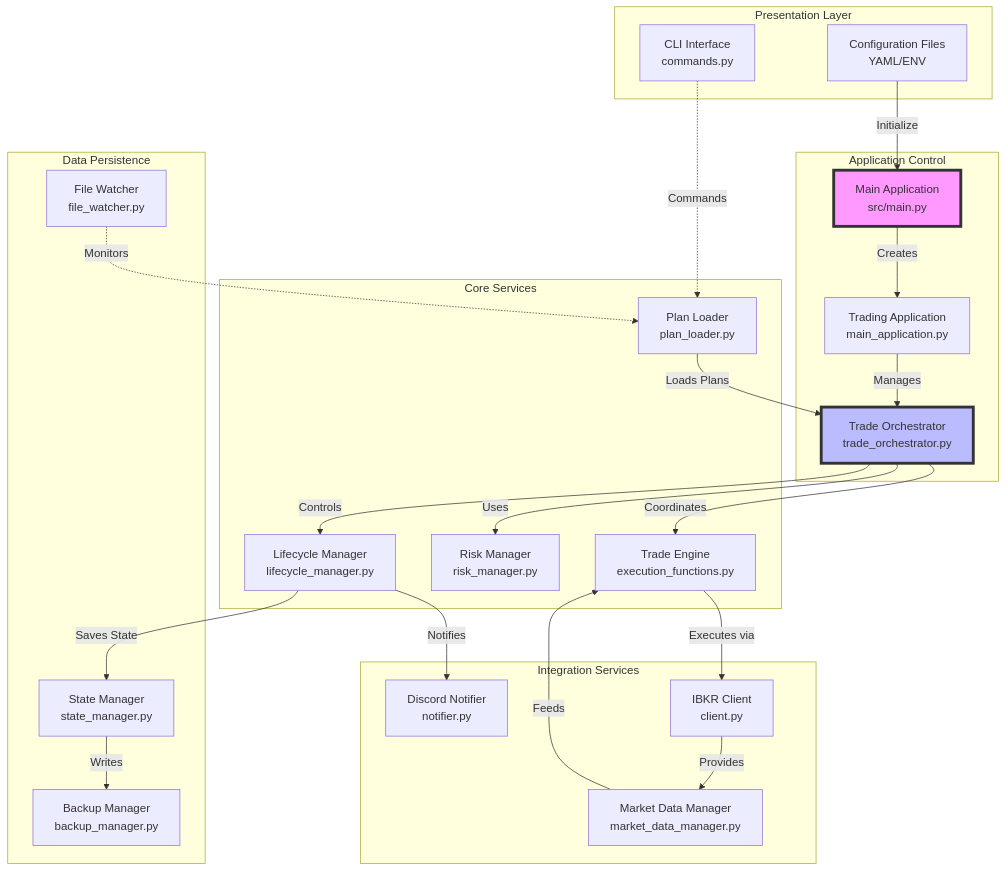
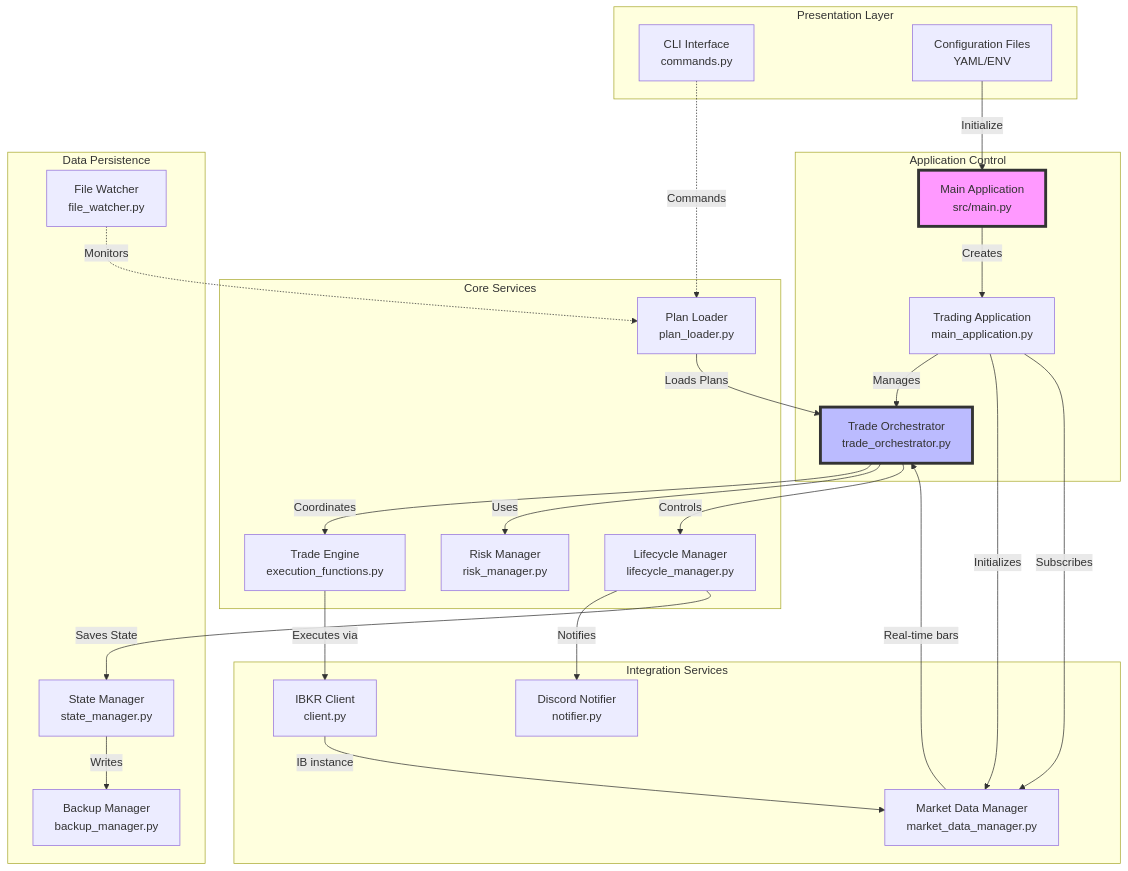
One commit to allaydesai/auto-trader changed the first of 11 diagrams in docs/component-interaction-diagram.md. Above: the diagram before and after it, drawn with Mermaid. The commit also changed other lines of this file and 3 other files, not shown here.

First line of the commit message:
feat: implement complete real-time market data integration and periodic signal evaluation

````diff
--- a/docs/component-interaction-diagram.md
+++ b/docs/component-interaction-diagram.md
@@ -9,58 +9,60 @@
 ```mermaid
 graph TB
     subgraph "Presentation Layer"
         CLI[CLI Interface<br/>commands.py]
         Config[Configuration Files<br/>YAML/ENV]
     end
     
     subgraph "Application Control"
         MainApp[Main Application<br/>src/main.py]
         TradingApp[Trading Application<br/>main_application.py]
         Orchestrator[Trade Orchestrator<br/>trade_orchestrator.py]
     end
     
     subgraph "Core Services"
         PlanLoader[Plan Loader<br/>plan_loader.py]
         RiskMgr[Risk Manager<br/>risk_manager.py]
         TradeEng[Trade Engine<br/>execution_functions.py]
         LifecycleMgr[Lifecycle Manager<br/>lifecycle_manager.py]
     end
     
     subgraph "Integration Services"
         IBKRClient[IBKR Client<br/>client.py]
         DiscordNotif[Discord Notifier<br/>notifier.py]
         MarketDataMgr[Market Data Manager<br/>market_data_manager.py]
     end
     
     subgraph "Data Persistence"
         StateMan[State Manager<br/>state_manager.py]
         FileWatch[File Watcher<br/>file_watcher.py]
         BackupMgr[Backup Manager<br/>backup_manager.py]
     end
     
     %% Primary flows
     CLI -.->|Commands| PlanLoader
     Config -->|Initialize| MainApp
     MainApp -->|Creates| TradingApp
     TradingApp -->|Manages| Orchestrator
     
     %% Core service interactions
     Orchestrator -->|Coordinates| TradeEng
     Orchestrator -->|Uses| RiskMgr
     Orchestrator -->|Controls| LifecycleMgr
     PlanLoader -->|Loads Plans| Orchestrator
     
-    %% Integration flows
+    %% Integration flows (UPDATED with new market data flow)
     TradeEng -->|Executes via| IBKRClient
     LifecycleMgr -->|Notifies| DiscordNotif
-    MarketDataMgr -->|Feeds| TradeEng
-    IBKRClient -->|Provides| MarketDataMgr
+    MarketDataMgr -->|Real-time bars| Orchestrator
+    IBKRClient -->|IB instance| MarketDataMgr
+    TradingApp -->|Initializes| MarketDataMgr
+    TradingApp -->|Subscribes| MarketDataMgr
     
     %% Persistence flows
     LifecycleMgr -->|Saves State| StateMan
     StateMan -->|Writes| BackupMgr
     FileWatch -.->|Monitors| PlanLoader
     
     style MainApp fill:#f9f,stroke:#333,stroke-width:4px
     style Orchestrator fill:#bbf,stroke:#333,stroke-width:4px
 ```
````
